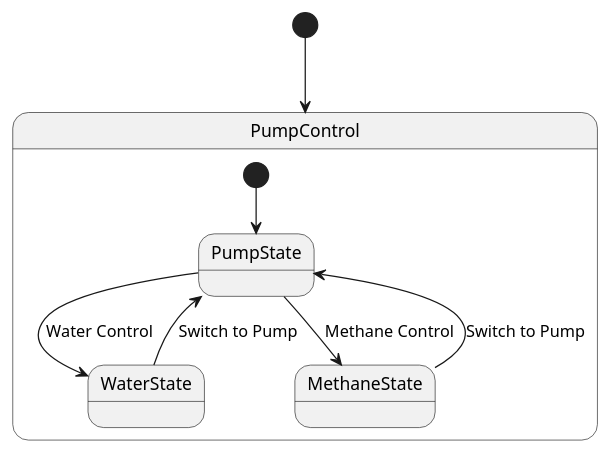
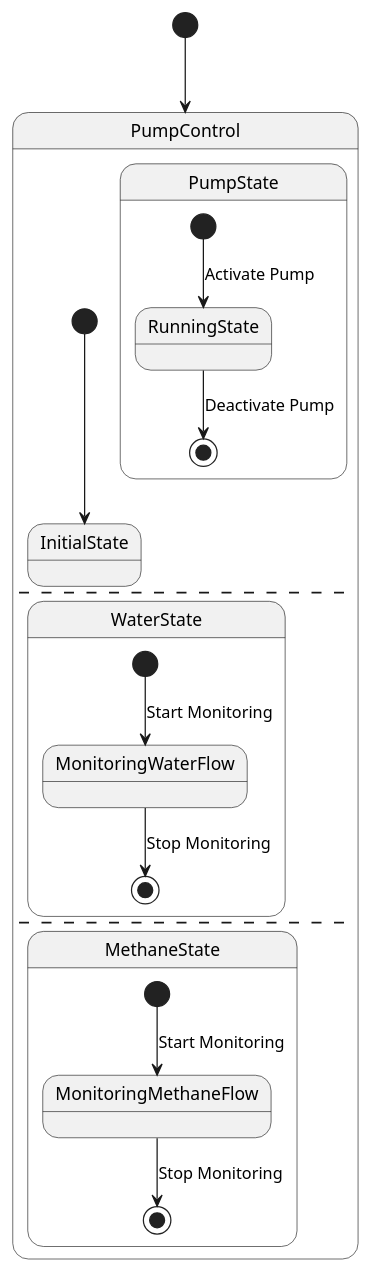
One commit to HansBug/research_ideas changed the diagram in project_1_llm_state_machine_modeling/paper_stm_repair/pipeline/representation/reports/llms_emp_r45_java_60/pairs/0002/README.md. Above: the diagram before and after it, drawn with PlantUML. The commit also changed other lines of this file and 622 other files, not shown here.

First line of the commit message:
fix(paper1): 切换Phase-II最终池并重建PlantUML转换证据

````diff
--- a/project_1_llm_state_machine_modeling/paper_stm_repair/pipeline/representation/reports/llms_emp_r45_java_60/pairs/0002/README.md
+++ b/project_1_llm_state_machine_modeling/paper_stm_repair/pipeline/representation/reports/llms_emp_r45_java_60/pairs/0002/README.md
@@ -29,14 +81,30 @@
 ```plantuml
 @startuml
 [*] --> PumpControl
 
 state PumpControl {
-    [*] --> PumpState
+    [*] --> InitialState
 
-    PumpState --> WaterState : Water Control
-    PumpState --> MethaneState : Methane Control
-    WaterState --> PumpState : Switch to Pump
-    MethaneState --> PumpState : Switch to Pump
+    state PumpState {
+        [*] --> RunningState : Activate Pump
+        RunningState --> [*] : Deactivate Pump
+    }
+
+    --
+
+    state WaterState {
+        [*] --> MonitoringWaterFlow : Start Monitoring
+        MonitoringWaterFlow --> [*] : Stop Monitoring
+    }
+
+    --
+
+    state MethaneState {
+        [*] --> MonitoringMethaneFlow : Start Monitoring
+        MonitoringMethaneFlow --> [*] : Stop Monitoring
+    }
+
+    
 }
 @enduml
 ```
````
